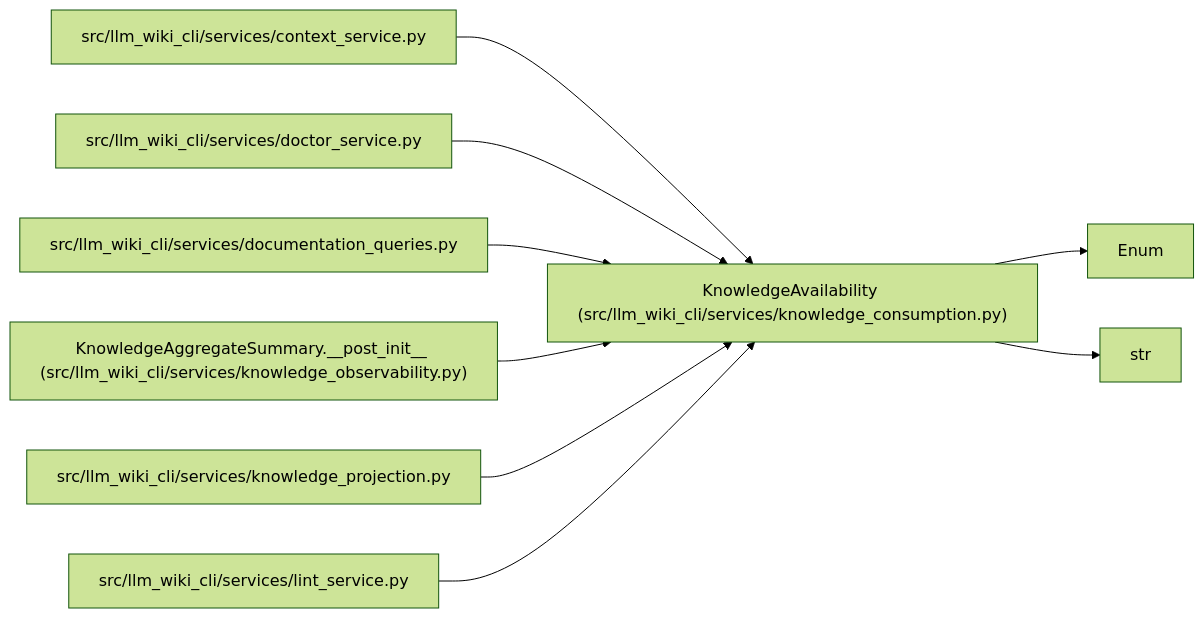
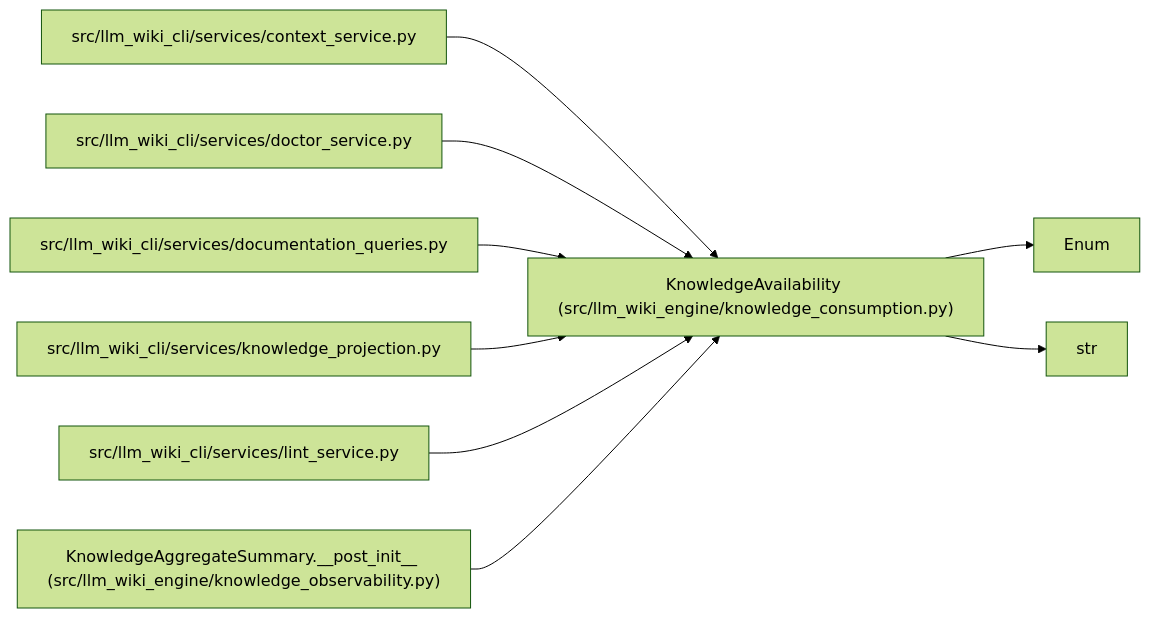
Before and after one commit to Denissvgn/python-wiki-llm: the diagram in docs/llm_wiki/entities/KnowledgeAvailability.md, drawn with Mermaid (forest theme). The commit also changed other lines of this file and 1058 other files, not shown here.

First line of the commit message:
docs: refresh the wiki for the knowledge store move

````diff
--- a/docs/llm_wiki/entities/KnowledgeAvailability.md
+++ b/docs/llm_wiki/entities/KnowledgeAvailability.md
@@ -28,27 +28,27 @@
 ```mermaid
 flowchart LR
-    n0["KnowledgeAvailability (src/llm_wiki_cli/services/knowledge_consumption.py)"]
+    n0["KnowledgeAvailability (src/llm_wiki_engine/knowledge_consumption.py)"]
     n1["Enum"]
     n2["str"]
     n3["src/llm_wiki_cli/services/context_service.py"]
     n4["src/llm_wiki_cli/services/doctor_service.py"]
     n5["src/llm_wiki_cli/services/documentation_queries.py"]
-    n6["KnowledgeAggregateSummary.__post_init__ (src/llm_wiki_cli/services/knowledge_observability.py)"]
-    n7["src/llm_wiki_cli/services/knowledge_projection.py"]
-    n8["src/llm_wiki_cli/services/lint_service.py"]
+    n6["src/llm_wiki_cli/services/knowledge_projection.py"]
+    n7["src/llm_wiki_cli/services/lint_service.py"]
+    n8["KnowledgeAggregateSummary.__post_init__ (src/llm_wiki_engine/knowledge_observability.py)"]
     n0 --> n1
     n0 --> n2
     n3 --> n0
     n4 --> n0
     n5 --> n0
     n6 --> n0
     n7 --> n0
     n8 --> n0
     click n0 "../modules/knowledge_consumption.md"
     click n3 "../modules/context_service.md"
     click n4 "../modules/doctor_service.md"
     click n5 "../modules/documentation_queries.md"
-    click n6 "../modules/knowledge_observability.md"
-    click n7 "../modules/knowledge_projection.md"
-    click n8 "../modules/lint_service.md"
+    click n6 "../modules/knowledge_projection.md"
+    click n7 "../modules/lint_service.md"
+    click n8 "../modules/knowledge_observability.md"
 ```
````
